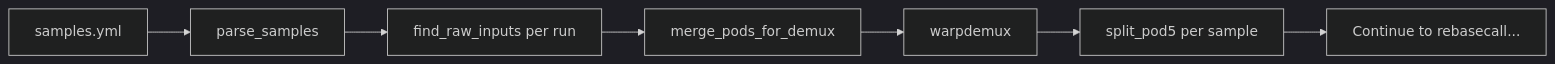
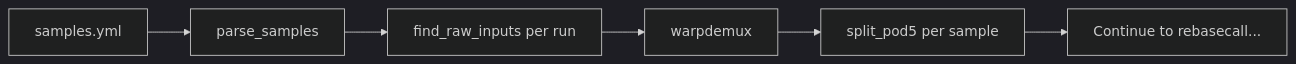
Before and after one commit to rnabioco/aa-tRNA-seq-pipeline: the third of 3 diagrams in docs/user-guide/samples-format.md, drawn with Mermaid (dark theme). The commit also changed 8 other files, not shown here.

First line of the commit message:
feat: eliminate merge_pods_for_demux from WarpDemuX workflow

````diff
--- a/docs/user-guide/samples-format.md
+++ b/docs/user-guide/samples-format.md
@@ -128,9 +128,8 @@
 ```mermaid
 flowchart LR
     A[samples.yml] --> B[parse_samples]
     B --> C[find_raw_inputs per run]
-    C --> D[merge_pods_for_demux]
-    D --> E[warpdemux]
-    E --> F[split_pod5 per sample]
-    F --> G[Continue to rebasecall...]
+    C --> D[warpdemux]
+    D --> E[split_pod5 per sample]
+    E --> F[Continue to rebasecall...]
 ```
````
